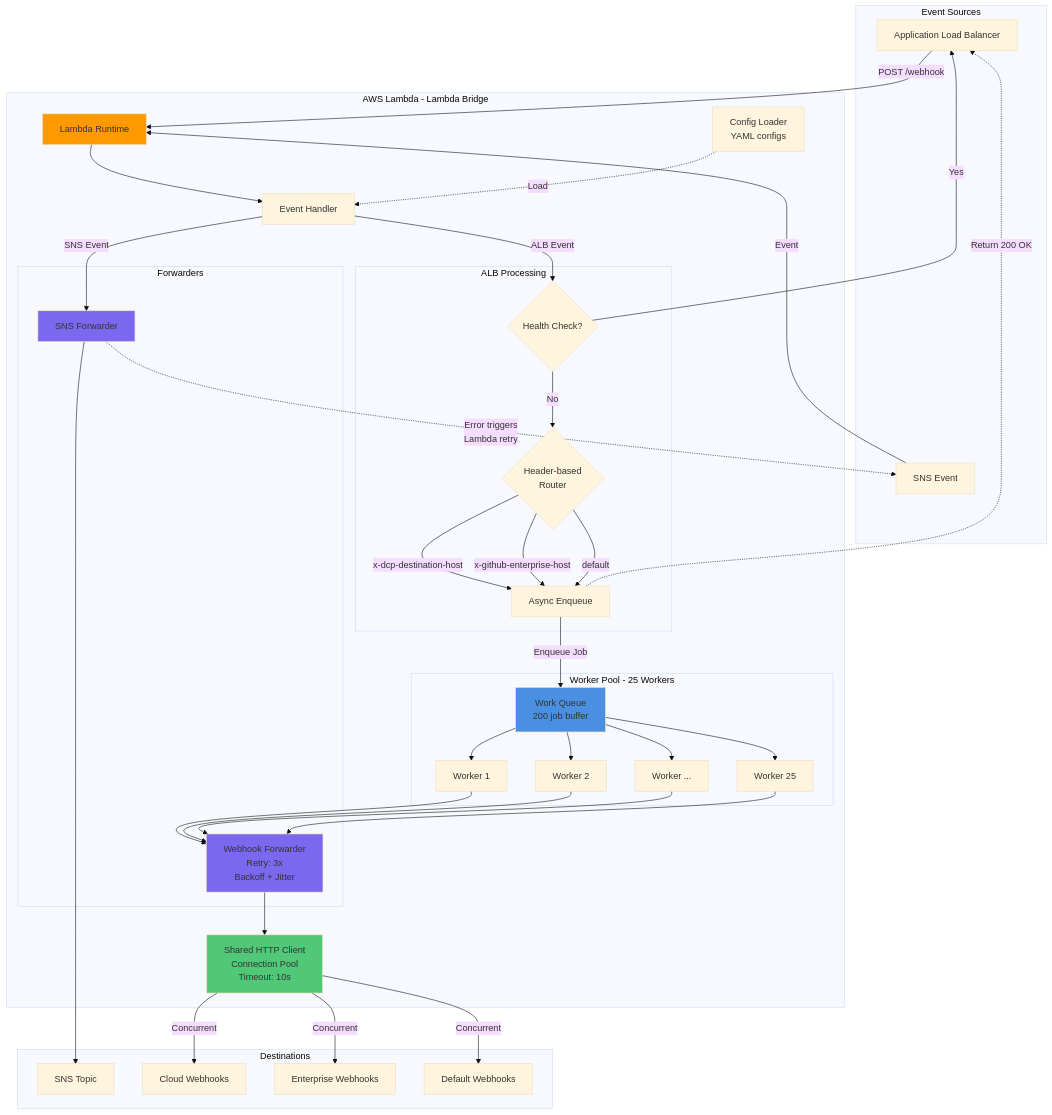
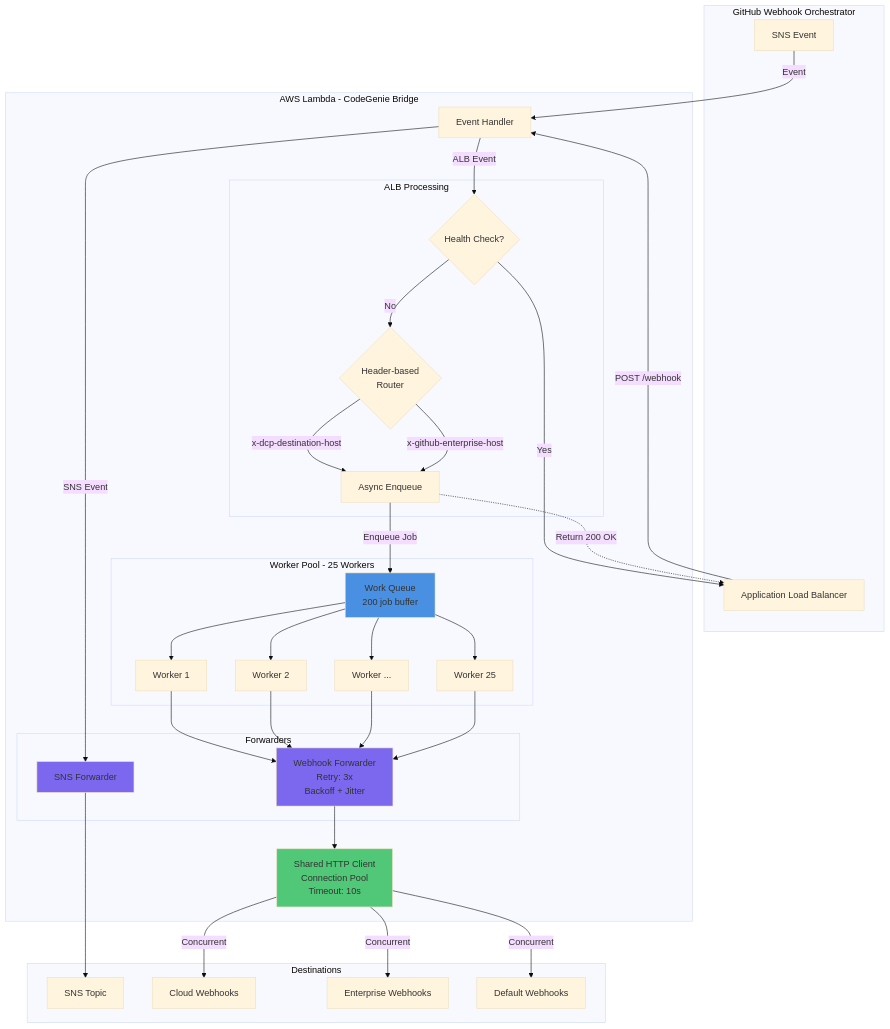
The diagram in README.md (Dannytrev21/lambda-bridge), drawn with Mermaid (base theme) before and after one commit. The commit also changed other lines of this file and 24 other files, not shown here.

````diff
--- a/README.md
+++ b/README.md
@@ -62,14 +62,12 @@
 ```mermaid
 graph TB
-    subgraph "Event Sources"
+    subgraph "GitHub Webhook Orchestrator"
+        SNS_IN[SNS Event]
         ALB[Application Load Balancer]
-        SNS_IN[SNS Event]
     end
 
-    subgraph "AWS Lambda - Lambda Bridge"
-        LAMBDA[Lambda Runtime]
+    subgraph "AWS Lambda - CodeGenie Bridge"
         HANDLER[Event Handler]
-        CONFIG[Config Loader<br/>YAML configs]
 
         subgraph "ALB Processing"
             HEALTH{Health Check?}
@@ -101,10 +99,12 @@
     end
 
     %% Event Flow
-    ALB -->|POST /webhook| LAMBDA
-    SNS_IN -->|Event| LAMBDA
-    LAMBDA --> HANDLER
-    CONFIG -.->|Load| HANDLER
+    SNS_IN -->|Event| HANDLER
+    ALB -->|POST /webhook| HANDLER
+
+        %% SNS Flow
+    HANDLER -->|SNS Event| SNS_FWD
+    SNS_FWD --> SNS_OUT
 
     %% ALB Flow
     HANDLER -->|ALB Event| HEALTH
@@ -112,7 +112,6 @@
     HEALTH -->|No| ROUTER
     ROUTER -->|x-dcp-destination-host| ASYNC
     ROUTER -->|x-github-enterprise-host| ASYNC
-    ROUTER -->|default| ASYNC
     ASYNC -->|Enqueue Job| QUEUE
     ASYNC -.->|Return 200 OK| ALB
 
@@ -132,12 +131,8 @@
     HTTP_CLIENT -->|Concurrent| WH_ENT
     HTTP_CLIENT -->|Concurrent| WH_DEF
 
-    %% SNS Flow
-    HANDLER -->|SNS Event| SNS_FWD
-    SNS_FWD --> SNS_OUT
-    SNS_FWD -.->|Error triggers<br/>Lambda retry| SNS_IN
 
-    style LAMBDA fill:#FF9900
+
     style QUEUE fill:#4A90E2
     style WH_FWD fill:#7B68EE
     style SNS_FWD fill:#7B68EE
````
